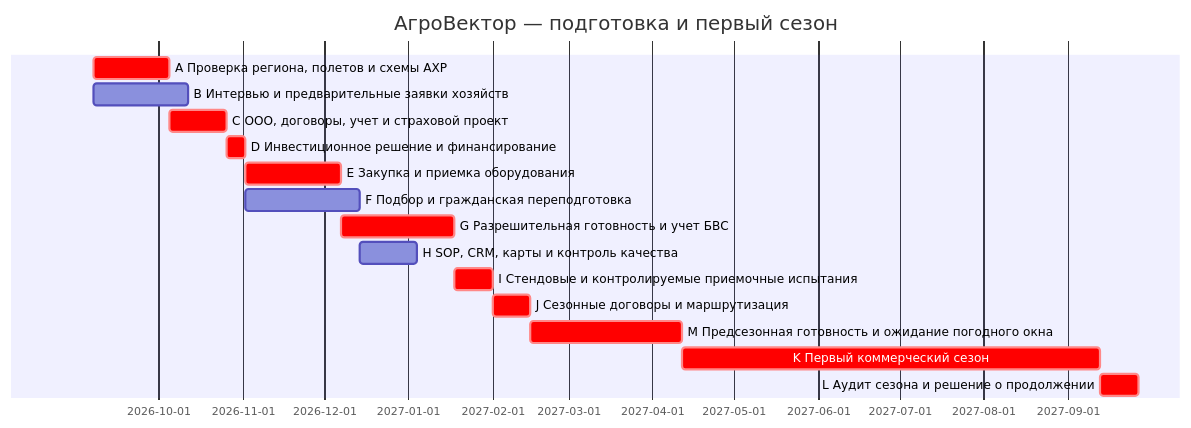
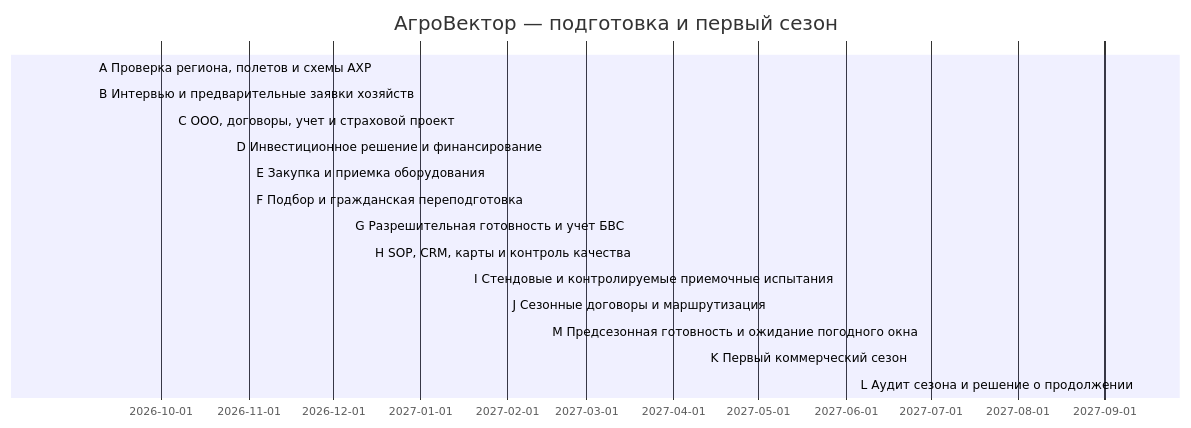
Before and after one commit to lalka1231/spareforge-business-plan: the first of 2 diagrams in docs/FINAL_BUSINESS_PLAN.md, drawn with Mermaid. The commit also changed other lines of this file and 14 other files, not shown here.

````diff
--- a/docs/FINAL_BUSINESS_PLAN.md
+++ b/docs/FINAL_BUSINESS_PLAN.md
@@ -363,18 +363,18 @@
 ```mermaid
 gantt
     title АгроВектор — подготовка и первый сезон
     dateFormat YYYY-MM-DD
-    A Проверка региона, полетов и схемы АХР :crit, A, 2026-09-07, 28d
-    B Интервью и предварительные заявки хозяйств :B, 2026-09-07, 35d
-    C ООО, договоры, учет и страховой проект :crit, C, 2026-10-05, 21d
-    D Инвестиционное решение и финансирование :crit, D, 2026-10-26, 7d
-    E Закупка и приемка оборудования :crit, E, 2026-11-02, 35d
-    F Подбор и гражданская переподготовка :F, 2026-11-02, 42d
-    G Разрешительная готовность и учет БВС :crit, G, 2026-12-07, 42d
-    H SOP, CRM, карты и контроль качества :H, 2026-12-14, 21d
-    I Стендовые и контролируемые приемочные испытания :crit, I, 2027-01-18, 14d
-    J Сезонные договоры и маршрутизация :crit, J, 2027-02-01, 14d
-    M Предсезонная готовность и ожидание погодного окна :crit, M, 2027-02-15, 56d
-    K Первый коммерческий сезон :crit, K, 2027-04-12, 154d
-    L Аудит сезона и решение о продолжении :crit, L, 2027-09-13, 14d
+    A Проверка региона, полетов и схемы АХР :crit, A, 2026-09-07, 28 d
+    B Интервью и предварительные заявки хозяйств :B, 2026-09-07, 35 d
+    C ООО, договоры, учет и страховой проект :crit, C, 2026-10-05, 21 d
+    D Инвестиционное решение и финансирование :crit, D, 2026-10-26, 7 d
+    E Закупка и приемка оборудования :crit, E, 2026-11-02, 35 d
+    F Подбор и гражданская переподготовка :F, 2026-11-02, 42 d
+    G Разрешительная готовность и учет БВС :crit, G, 2026-12-07, 42 d
+    H SOP, CRM, карты и контроль качества :H, 2026-12-14, 21 d
+    I Стендовые и контролируемые приемочные испытания :crit, I, 2027-01-18, 14 d
+    J Сезонные договоры и маршрутизация :crit, J, 2027-02-01, 14 d
+    M Предсезонная готовность и ожидание погодного окна :crit, M, 2027-02-15, 56 d
+    K Первый коммерческий сезон :crit, K, 2027-04-12, 154 d
+    L Аудит сезона и решение о продолжении :crit, L, 2027-09-13, 14 d
 ```
````
